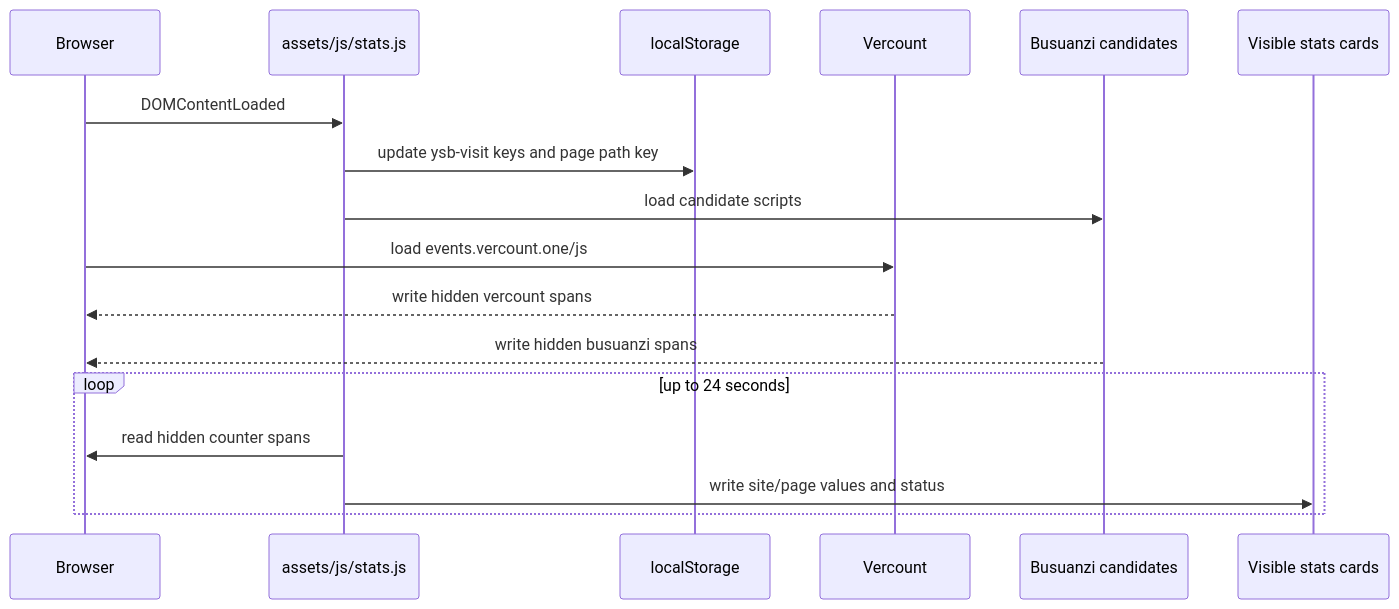
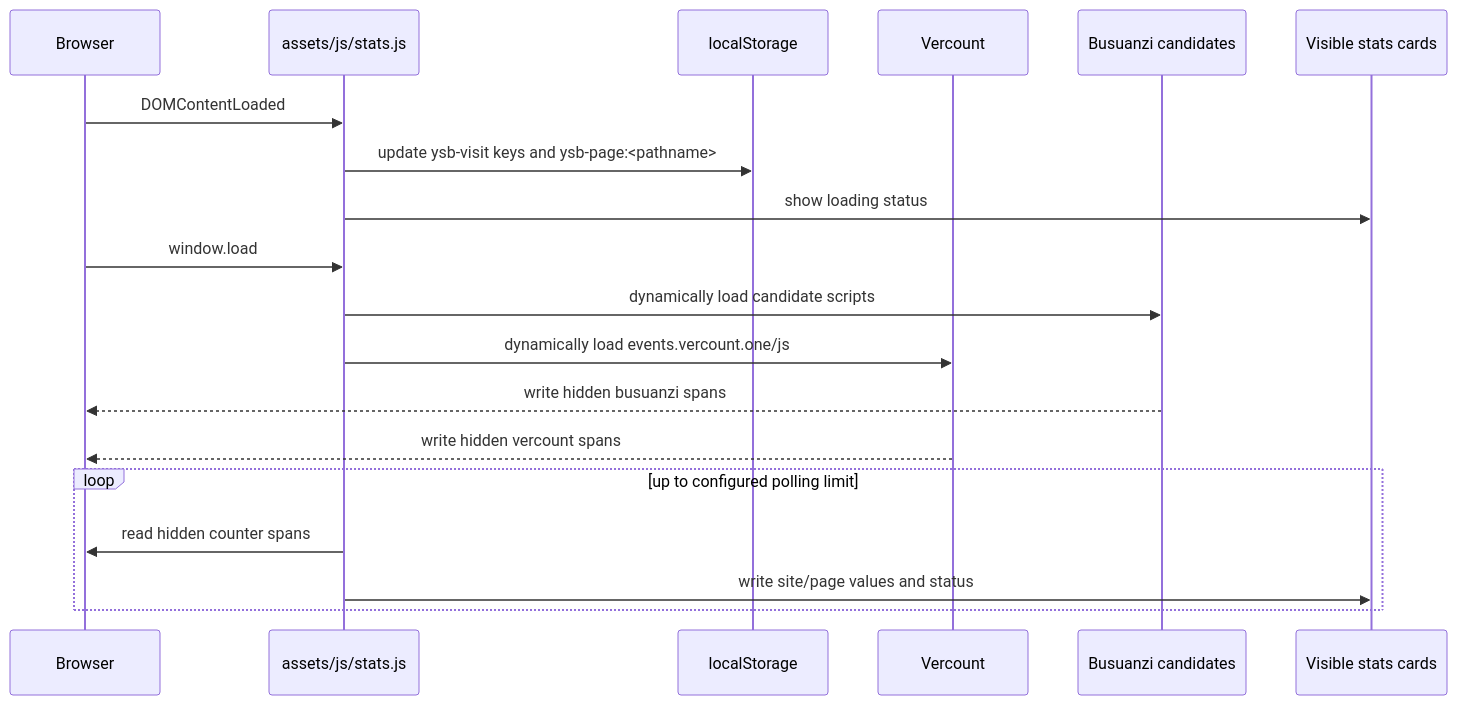
One commit to Yan-ShiBo/Yan-ShiBo.github.io changed the fifth of 5 diagrams in docs/design/architecture.md. Above: the diagram before and after it, drawn with Mermaid. The commit also changed other lines of this file and 7 other files, not shown here.

````diff
--- a/docs/design/architecture.md
+++ b/docs/design/architecture.md
@@ -203,20 +442,22 @@
 ```mermaid
 sequenceDiagram
   participant Browser as Browser
   participant Stats as assets/js/stats.js
   participant LS as localStorage
   participant Vercount as Vercount
   participant Busuanzi as Busuanzi candidates
   participant DOM as Visible stats cards
 
   Browser->>Stats: DOMContentLoaded
-  Stats->>LS: update ysb-visit keys and page path key
-  Stats->>Busuanzi: load candidate scripts
-  Browser->>Vercount: load events.vercount.one/js
+  Stats->>LS: update ysb-visit keys and ysb-page:<pathname>
+  Stats->>DOM: show loading status
+  Browser->>Stats: window.load
+  Stats->>Busuanzi: dynamically load candidate scripts
+  Stats->>Vercount: dynamically load events.vercount.one/js
+  Busuanzi-->>Browser: write hidden busuanzi spans
   Vercount-->>Browser: write hidden vercount spans
-  Busuanzi-->>Browser: write hidden busuanzi spans
-  loop up to 24 seconds
+  loop up to configured polling limit
     Stats->>Browser: read hidden counter spans
     Stats->>DOM: write site/page values and status
   end
 ```
````
